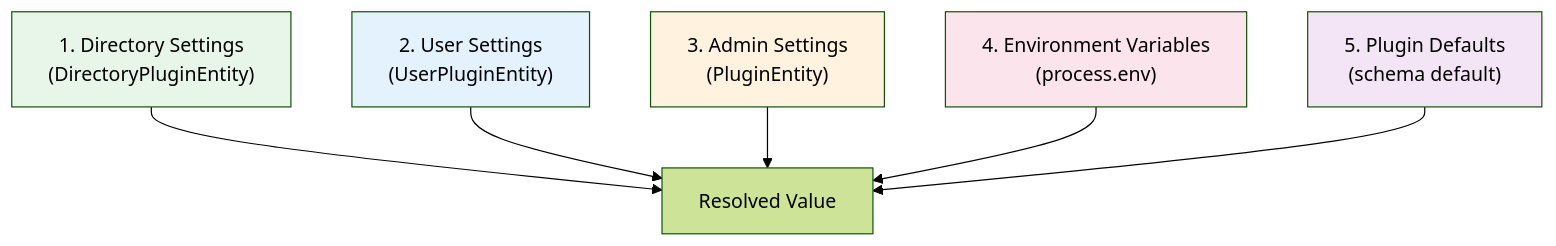
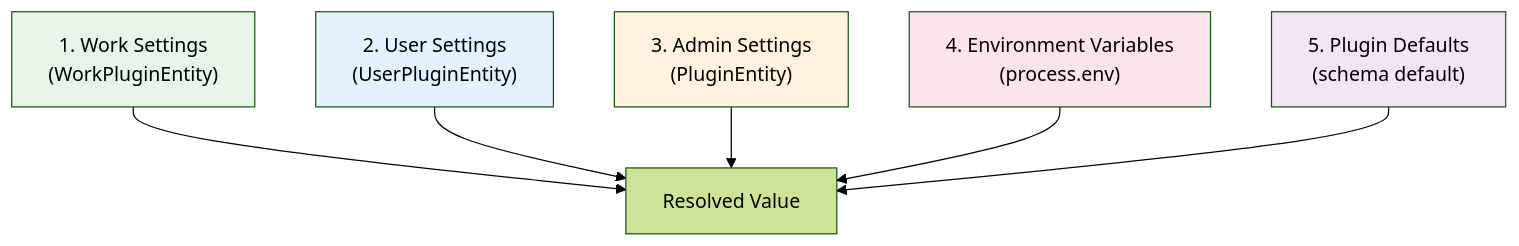
The third of 6 diagrams in docs/advanced/multi-tenancy.md (ever-works/ever-works), drawn with Mermaid (forest theme) before and after one commit. The commit also changed other lines of this file and 395 other files, not shown here.

````diff
--- a/docs/advanced/multi-tenancy.md
+++ b/docs/advanced/multi-tenancy.md
@@ -150,14 +150,14 @@
 ```mermaid
 graph TD
-    A["1. Directory Settings<br/>(DirectoryPluginEntity)"] --> F[Resolved Value]
+    A["1. Work Settings<br/>(WorkPluginEntity)"] --> F[Resolved Value]
     B["2. User Settings<br/>(UserPluginEntity)"] --> F
     C["3. Admin Settings<br/>(PluginEntity)"] --> F
     D["4. Environment Variables<br/>(process.env)"] --> F
     E["5. Plugin Defaults<br/>(schema default)"] --> F
 
     style A fill:#e8f5e9
     style B fill:#e3f2fd
     style C fill:#fff3e0
     style D fill:#fce4ec
     style E fill:#f3e5f5
 ```
````
